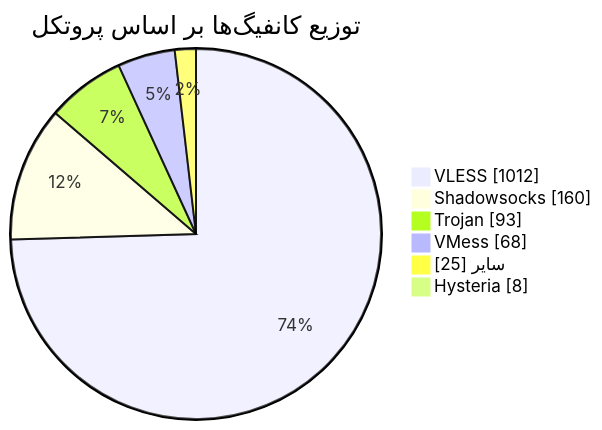
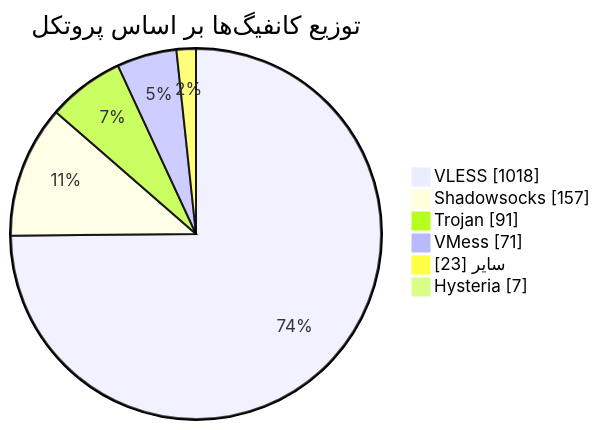
One commit to Arian-Alijani/Somthing changed the diagram in README.md. Above: the diagram before and after it, drawn with Mermaid. The commit also changed other lines of this file and 97 other files, not shown here.

````diff
--- a/README.md
+++ b/README.md
@@ -50,10 +50,10 @@
 ```mermaid
 pie showData
     title توزیع کانفیگ‌ها بر اساس پروتکل
-    "VLESS" : 1012
-    "Shadowsocks" : 160
-    "Trojan" : 93
-    "VMess" : 68
-    "سایر" : 25
-    "Hysteria" : 8
+    "VLESS" : 1018
+    "Shadowsocks" : 157
+    "Trojan" : 91
+    "VMess" : 71
+    "سایر" : 23
+    "Hysteria" : 7
 ```
````
